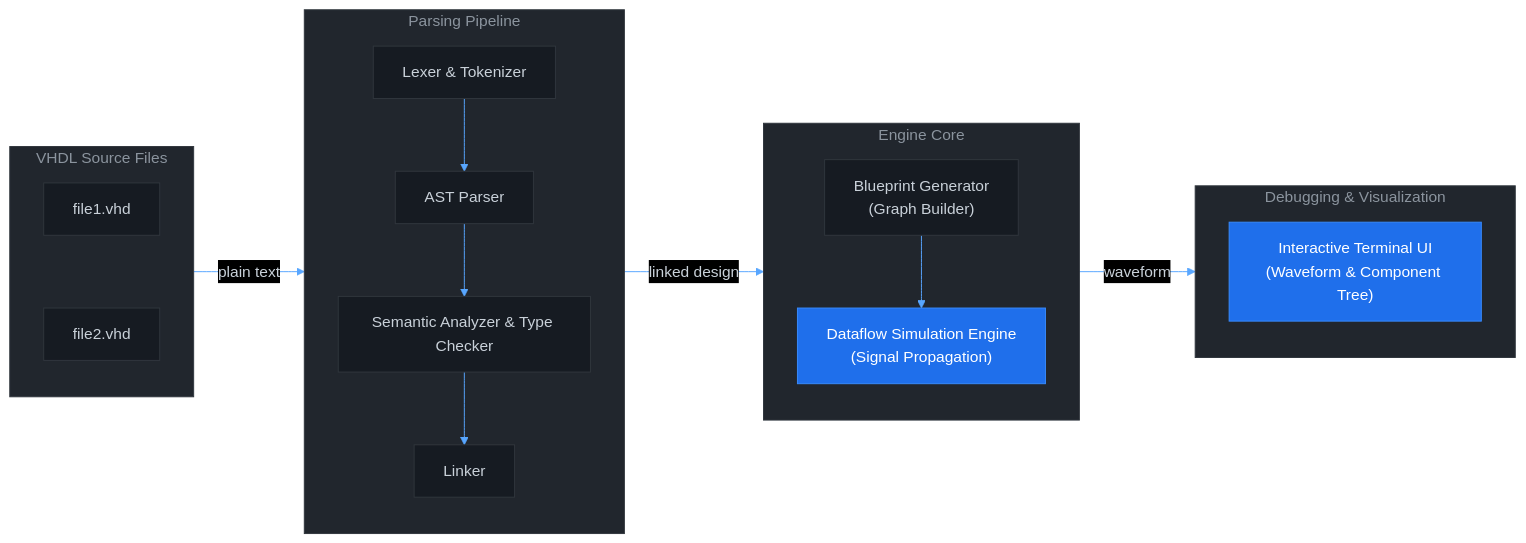
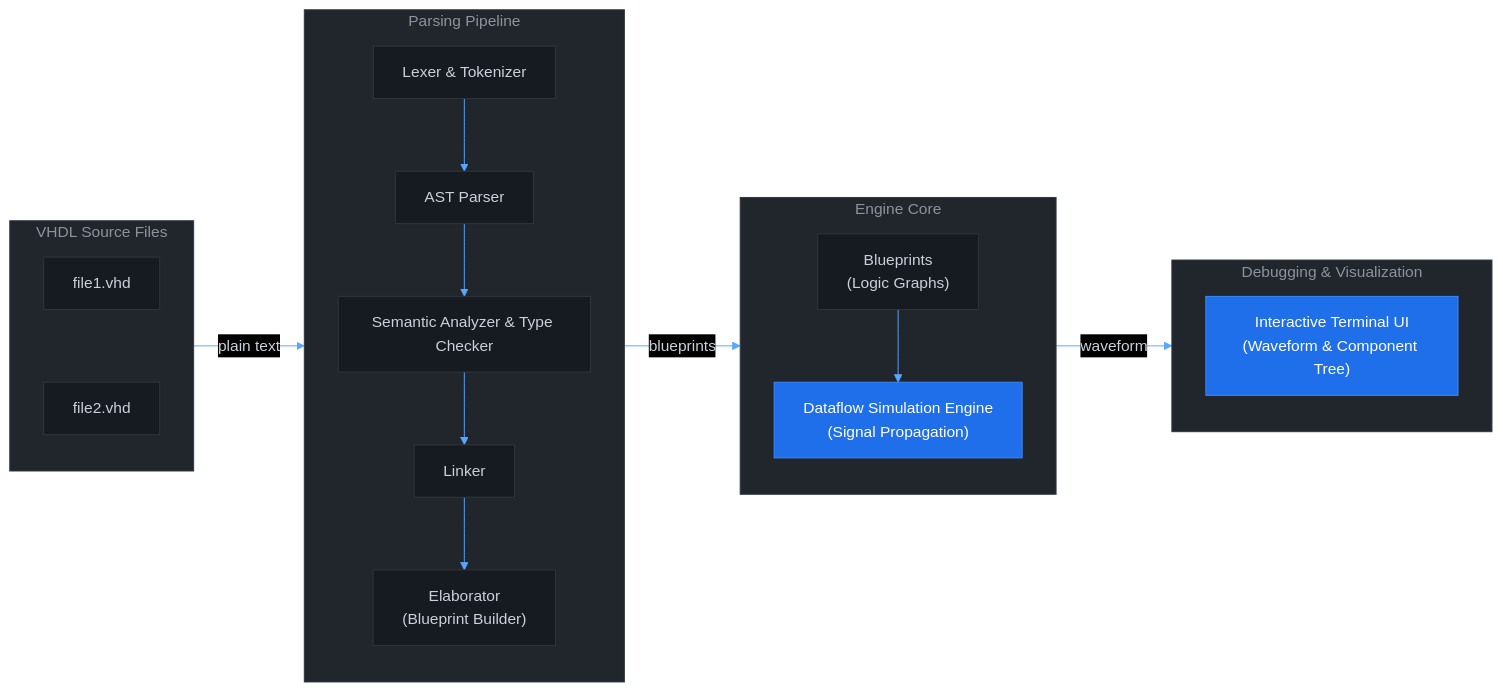
Before and after one commit to oscar30gt/pulse: the diagram in README.md, drawn with Mermaid. The commit also changed other lines of this file and 69 other files, not shown here.

````diff
--- a/README.md
+++ b/README.md
@@ -123,35 +139,36 @@
 ```mermaid
 %%{init: {'theme': 'base', 'themeVariables': { 'darkMode': true, 'background': '#0d1117', 'primaryColor': '#161b22', 'primaryTextColor': '#c9d1d9', 'primaryBorderColor': '#30363d', 'lineColor': '#58a6ff', 'tertiaryColor': '#21262d', 'tertiaryBorderColor': '#30363d', 'tertiaryTextColor': '#8b949e'}}}%%
 flowchart LR
     subgraph Input ["VHDL Source Files"]
         direction TB
         V1["file1.vhd"]
         V2["file2.vhd"]
         V1 ~~~ V2
     end
 
     subgraph Parser ["Parsing Pipeline"]
         direction TB
         Lexer["Lexer & Tokenizer"] --> AST["AST Parser"]
         AST --> Semantics["Semantic Analyzer & Type Checker"]
         Semantics --> Linker["Linker"]
+        Linker --> Elaborator["Elaborator\n(Blueprint Builder)"]
     end
 
     subgraph Core ["Engine Core"]
         direction TB
-        Blueprint["Blueprint Generator\n(Graph Builder)"] --> Dataflow["Dataflow Simulation Engine\n(Signal Propagation)"]
+        Blueprint["Blueprints\n(Logic Graphs)"] --> Dataflow["Dataflow Simulation Engine\n(Signal Propagation)"]
     end
 
     subgraph Output ["Debugging & Visualization"]
         direction TB
         TUI["Interactive Terminal UI\n(Waveform & Component Tree)"]
     end
 
     Input --plain text--> Parser
-    Parser --linked design--> Core
+    Parser --blueprints--> Core
     Core --waveform--> Output
 
     classDef default fill:#161b22,stroke:#30363d,color:#c9d1d9
     classDef highlight fill:#1f6feb,stroke:#388bfd,color:#ffffff
     class TUI,Dataflow highlight
 ```
````
